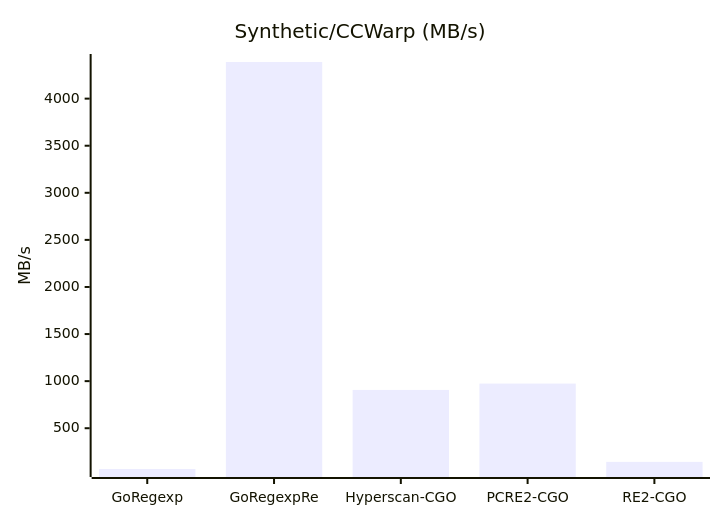
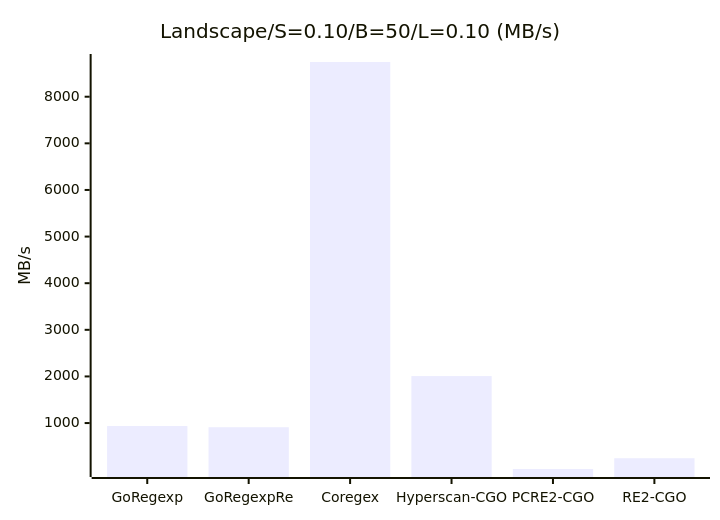
One commit to kamichidu/go-regexp-re changed diagram 18 of 47 in _benchmark_results/cgo_engines.md. Above: the diagram before and after it, drawn with Mermaid. The commit also changed other lines of this file and 3 other files, not shown here.

````diff
--- a/_benchmark_results/cgo_engines.md
+++ b/_benchmark_results/cgo_engines.md
@@ -207,7 +259,7 @@
 ```mermaid
 xychart-beta
-    title "Synthetic/CCWarp (MB/s)"
-    x-axis ["GoRegexp", "GoRegexpRe", "Hyperscan-CGO", "PCRE2-CGO", "RE2-CGO"]
+    title "Landscape/S=0.10/B=50/L=0.10 (MB/s)"
+    x-axis ["GoRegexp", "GoRegexpRe", "Coregex", "Hyperscan-CGO", "PCRE2-CGO", "RE2-CGO"]
     y-axis "MB/s"
-    bar [66.99, 4389.04, 906.89, 973.93, 142.69]
+    bar [935.99, 910.66, 8744.66, 2008.00, 14.50, 245.19]
 ```
````
